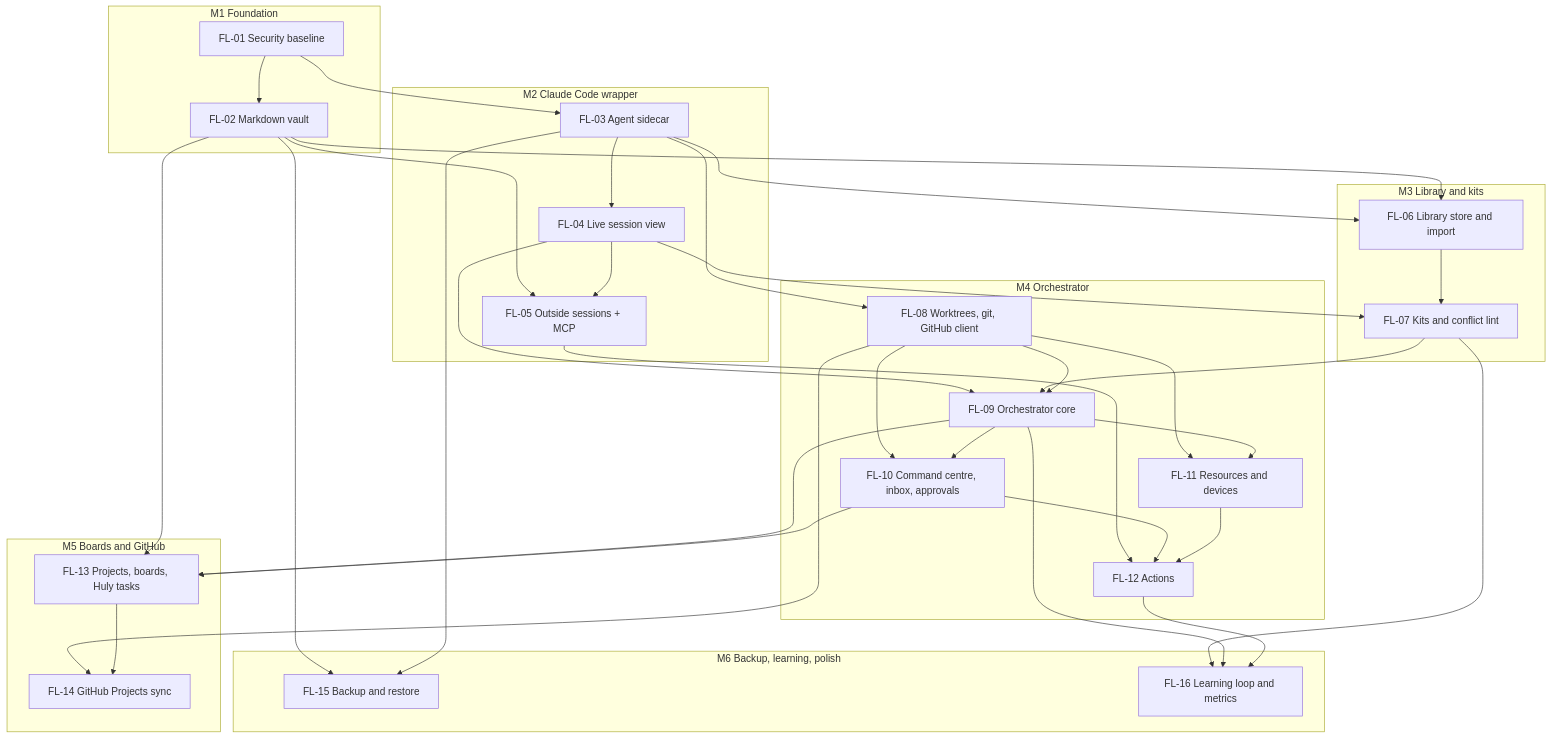
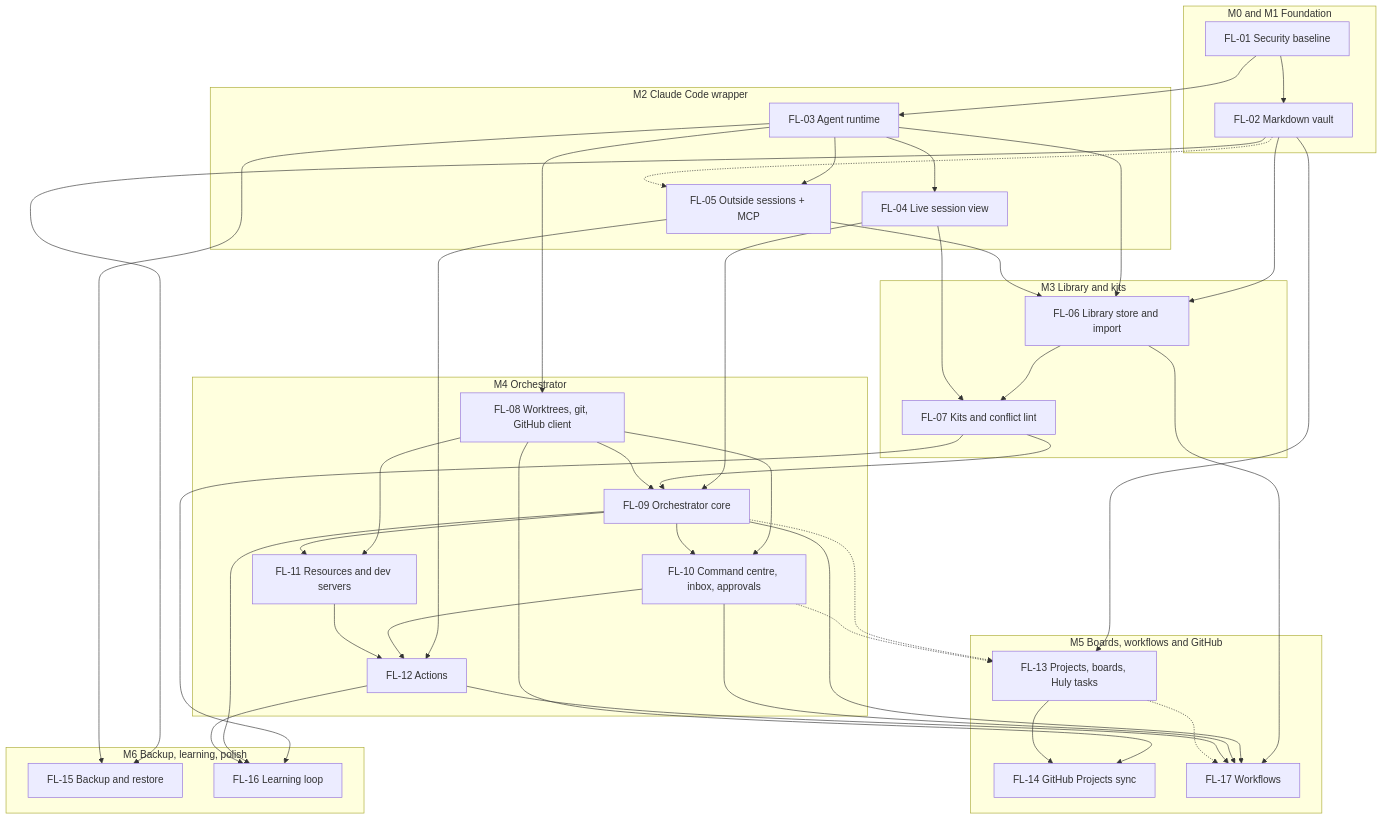
One commit to abappi19/floatt changed the diagram in docs/future-plan/claude-code-command-centre-epics.md. Above: the diagram before and after it, drawn with Mermaid. The commit also changed other lines of this file and 2 other files, not shown here.

Commit message:
docs: apply the plan review decisions, and add workflows, the question ledger and reusable items

````diff
--- a/docs/future-plan/claude-code-command-centre-epics.md
+++ b/docs/future-plan/claude-code-command-centre-epics.md
@@ -33,61 +56,68 @@
 ```mermaid
 flowchart TD
-  subgraph M1["M1 Foundation"]
+  subgraph M1["M0 and M1 Foundation"]
     FL01["FL-01 Security baseline"]
     FL02["FL-02 Markdown vault"]
   end
   subgraph M2["M2 Claude Code wrapper"]
-    FL03["FL-03 Agent sidecar"]
+    FL03["FL-03 Agent runtime"]
     FL04["FL-04 Live session view"]
     FL05["FL-05 Outside sessions + MCP"]
   end
   subgraph M3["M3 Library and kits"]
     FL06["FL-06 Library store and import"]
     FL07["FL-07 Kits and conflict lint"]
   end
   subgraph M4["M4 Orchestrator"]
     FL08["FL-08 Worktrees, git, GitHub client"]
     FL09["FL-09 Orchestrator core"]
     FL10["FL-10 Command centre, inbox, approvals"]
-    FL11["FL-11 Resources and devices"]
+    FL11["FL-11 Resources and dev servers"]
     FL12["FL-12 Actions"]
   end
-  subgraph M5["M5 Boards and GitHub"]
+  subgraph M5["M5 Boards, workflows and GitHub"]
     FL13["FL-13 Projects, boards, Huly tasks"]
     FL14["FL-14 GitHub Projects sync"]
+    FL17["FL-17 Workflows"]
   end
   subgraph M6["M6 Backup, learning, polish"]
     FL15["FL-15 Backup and restore"]
-    FL16["FL-16 Learning loop and metrics"]
+    FL16["FL-16 Learning loop"]
   end
   FL01 --> FL02
   FL01 --> FL03
   FL03 --> FL04
-  FL02 --> FL05
-  FL04 --> FL05
+  FL03 --> FL05
+  FL02 -.-> FL05
   FL02 --> FL06
   FL03 --> FL06
+  FL05 --> FL06
   FL06 --> FL07
   FL04 --> FL07
   FL03 --> FL08
   FL04 --> FL09
   FL07 --> FL09
   FL08 --> FL09
   FL08 --> FL10
   FL09 --> FL10
   FL08 --> FL11
   FL09 --> FL11
   FL05 --> FL12
   FL10 --> FL12
   FL11 --> FL12
   FL02 --> FL13
-  FL09 --> FL13
-  FL10 --> FL13
+  FL09 -.-> FL13
+  FL10 -.-> FL13
   FL08 --> FL14
   FL13 --> FL14
   FL02 --> FL15
   FL03 --> FL15
   FL07 --> FL16
   FL09 --> FL16
   FL12 --> FL16
+  FL06 --> FL17
+  FL09 --> FL17
+  FL10 --> FL17
+  FL12 --> FL17
+  FL13 -.-> FL17
 ```
````
